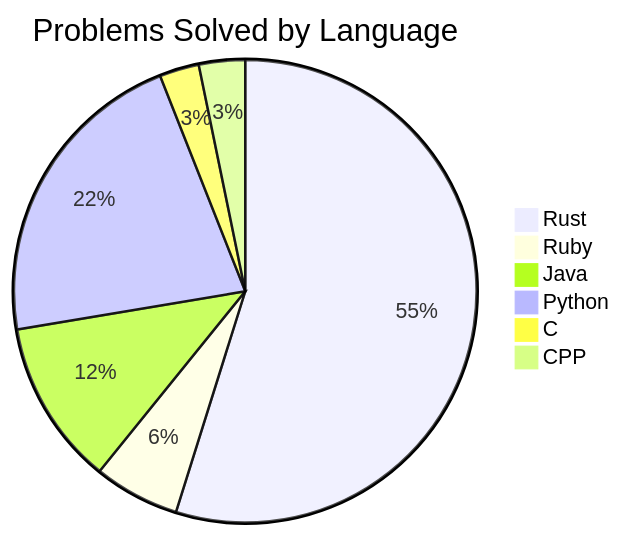
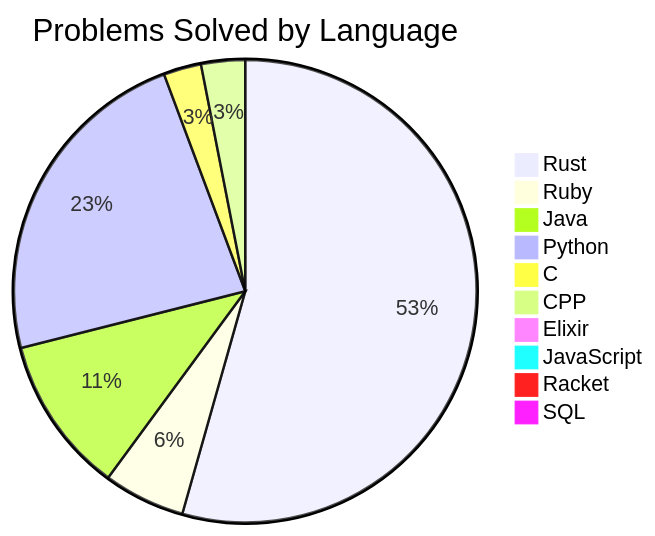
The diagram in README.md (Liam-Wirth/leetcode-solutions), drawn with Mermaid before and after one commit. The commit also changed other lines of this file and 21 other files, not shown here.

````diff
--- a/README.md
+++ b/README.md
@@ -29,9 +29,13 @@
 ```mermaid
 pie title Problems Solved by Language
-    "Rust": 119
+    "Rust": 124
     "Ruby": 13
     "Java": 25
-    "Python": 47
+    "Python": 53
     "C": 6
     "CPP": 7
+    "Elixir": 1
+    "JavaScript": 2
+    "Racket": 1
+    "SQL": 2
 ```
````
